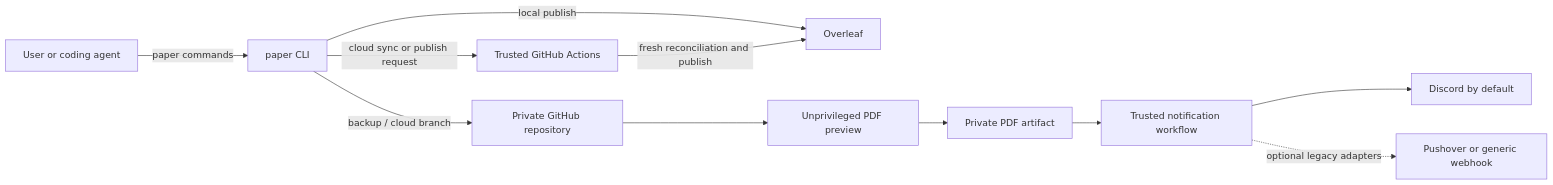
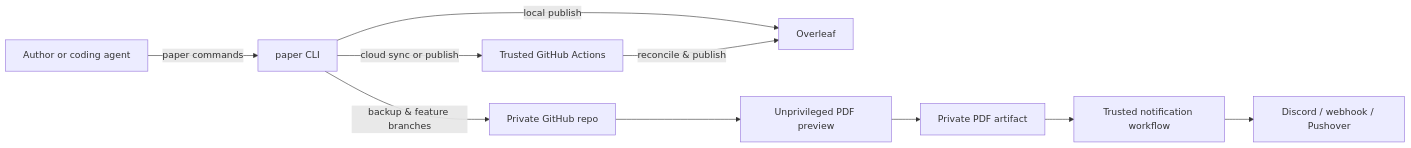
Before and after one commit to m1gwings/paper-scripts: the diagram in README.md, drawn with Mermaid. The commit also changed other lines of this file, not shown here.

````diff
--- a/README.md
+++ b/README.md
@@ -18,13 +11,12 @@
 ```mermaid
 flowchart LR
-    U[User or coding agent] -->|paper commands| P[paper CLI]
-    P -->|backup / cloud branch| G[Private GitHub repository]
+    U[Author or coding agent] -->|paper commands| P[paper CLI]
+    P -->|backup & feature branches| G[Private GitHub repo]
     P -->|local publish| O[Overleaf]
-    P -->|cloud sync or publish request| A[Trusted GitHub Actions]
-    A -->|fresh reconciliation and publish| O
+    P -->|cloud sync or publish| A[Trusted GitHub Actions]
+    A -->|reconcile & publish| O
     G --> V[Unprivileged PDF preview]
     V --> R[Private PDF artifact]
     R --> N[Trusted notification workflow]
-    N --> D[Discord by default]
-    N -. optional legacy adapters .-> L[Pushover or generic webhook]
+    N --> D[Discord / webhook / Pushover]
 ```
````
